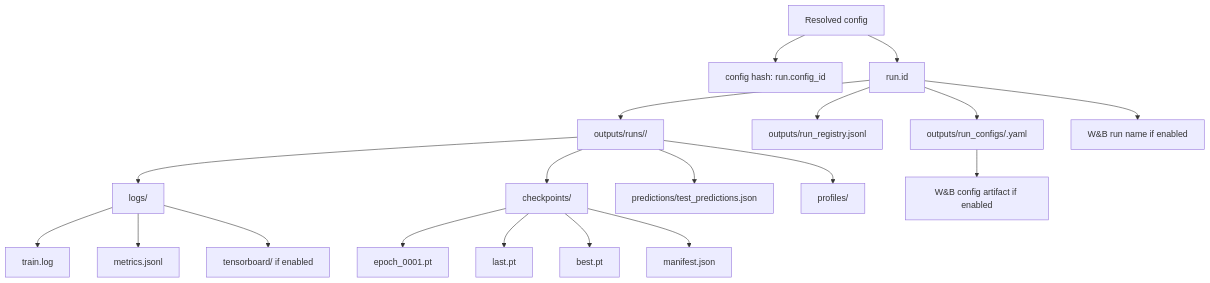
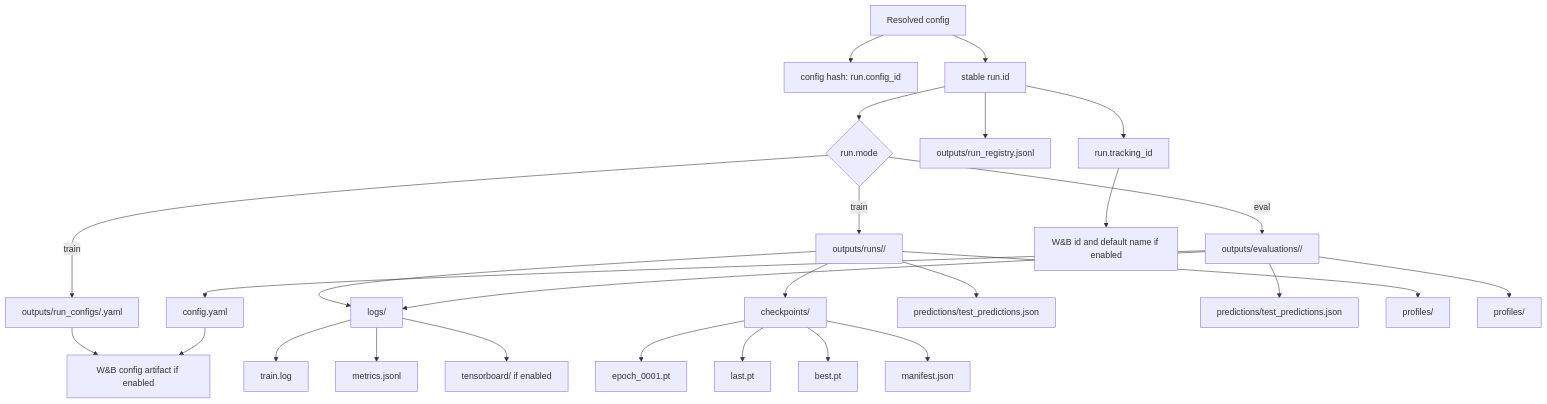
Before and after one commit to CodeName-Detective/Experimentarium: the fourth of 5 diagrams in Flowchart.md, drawn with Mermaid. The commit also changed other lines of this file and 37 other files, not shown here.

````diff
--- a/Flowchart.md
+++ b/Flowchart.md
@@ -147,25 +148,34 @@
 ```mermaid
 flowchart TD
     Config[Resolved config] --> Hash[config hash: run.config_id]
-    Config --> RunID[run.id]
-    RunID --> ConfigFile["outputs/run_configs/<run_id>.yaml"]
+    Config --> RunID[stable run.id]
+    RunID --> Mode{run.mode}
     RunID --> Registry[outputs/run_registry.jsonl]
-    RunID --> RunDir["outputs/runs/<run_id>/"]
+
+    Mode -->|train| ConfigFile["outputs/run_configs/<run_id>.yaml"]
+    Mode -->|train| RunDir["outputs/runs/<run_id>/"]
+    Mode -->|eval| EvalDir["outputs/evaluations/<run_id>/"]
+    EvalDir --> EvalConfig[config.yaml]
 
     RunDir --> Logs[logs/]
+    EvalDir --> Logs
     Logs --> TrainLog[train.log]
     Logs --> Metrics[metrics.jsonl]
     Logs --> TB[tensorboard/ if enabled]
 
     RunDir --> Checkpoints[checkpoints/]
     Checkpoints --> Epoch[epoch_0001.pt]
     Checkpoints --> Last[last.pt]
     Checkpoints --> Best[best.pt]
     Checkpoints --> Manifest[manifest.json]
 
     RunDir --> Predictions[predictions/test_predictions.json]
+    EvalDir --> EvalPredictions[predictions/test_predictions.json]
     RunDir --> Profiles[profiles/]
+    EvalDir --> EvalProfiles[profiles/]
 
-    RunID --> WandB["W&B run name if enabled"]
+    RunID --> TrackingID["run.tracking_id"]
+    TrackingID --> WandB["W&B id and default name if enabled"]
     ConfigFile --> WandBArtifact["W&B config artifact if enabled"]
+    EvalConfig --> WandBArtifact
 ```
````
